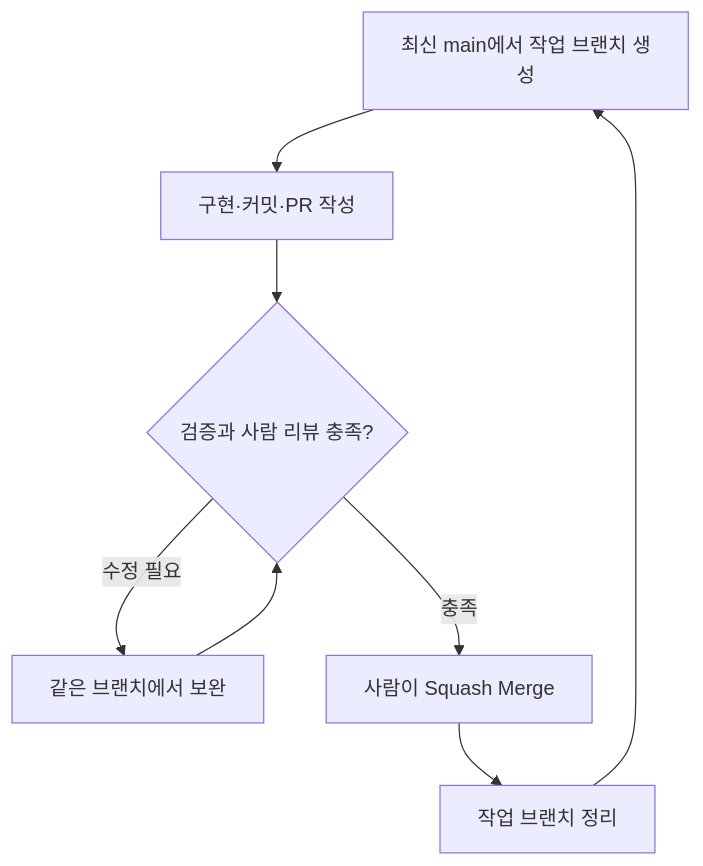
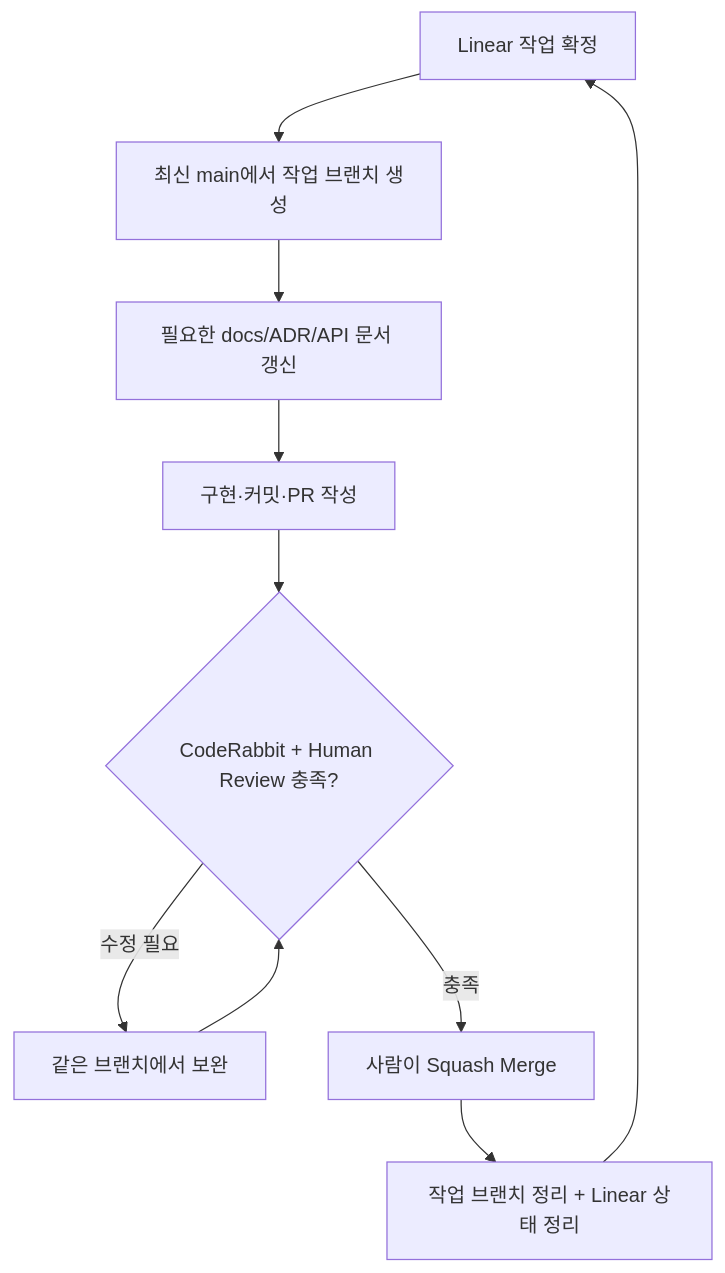
Before and after one commit to nsuCapstoneTeam/NSU_CAPSTONE: the diagram in docs/협업-가이드/02-github-flow와-브랜치.md, drawn with Mermaid. The commit also changed other lines of this file, not shown here.

Commit message:
docs(flow): Linear 이후 문서 갱신 순서 반영

````diff
--- a/docs/협업-가이드/02-github-flow와-브랜치.md
+++ b/docs/협업-가이드/02-github-flow와-브랜치.md
@@ -7,10 +7,12 @@
 ```mermaid
 flowchart TD
-    A["최신 main에서 작업 브랜치 생성"] --> B["구현·커밋·PR 작성"]
-    B --> C{"검증과 사람 리뷰 충족?"}
-    C -->|수정 필요| D["같은 브랜치에서 보완"]
-    D --> C
-    C -->|충족| E["사람이 Squash Merge"]
-    E --> F["작업 브랜치 정리"]
-    F --> A
+    A["Linear 작업 확정"] --> B["최신 main에서 작업 브랜치 생성"]
+    B --> C["필요한 docs/ADR/API 문서 갱신"]
+    C --> D["구현·커밋·PR 작성"]
+    D --> E{"CodeRabbit + Human Review 충족?"}
+    E -->|수정 필요| F["같은 브랜치에서 보완"]
+    F --> E
+    E -->|충족| G["사람이 Squash Merge"]
+    G --> H["작업 브랜치 정리 + Linear 상태 정리"]
+    H --> A
 ```
````
